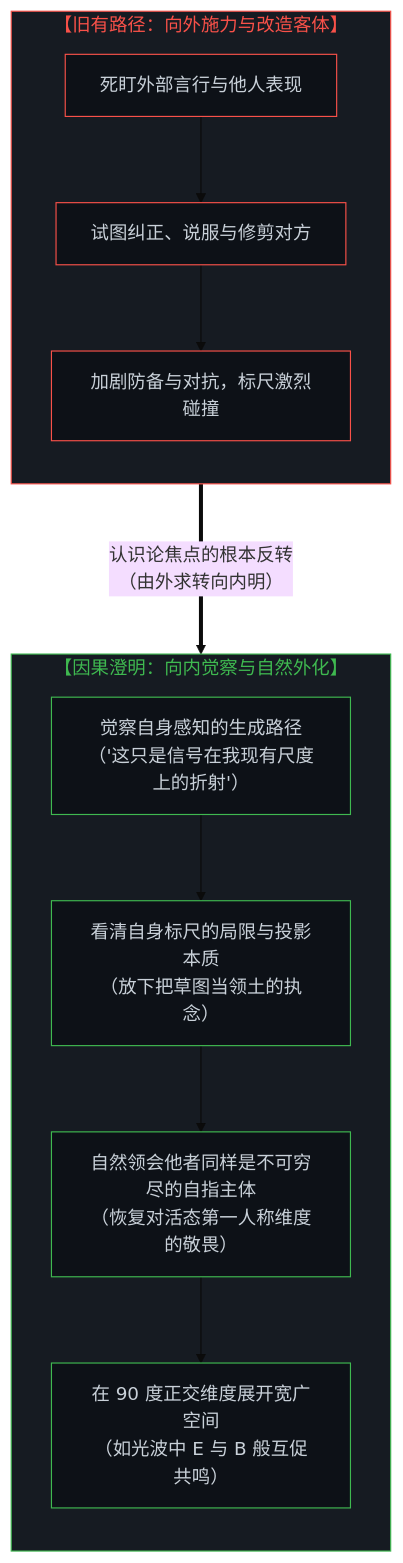
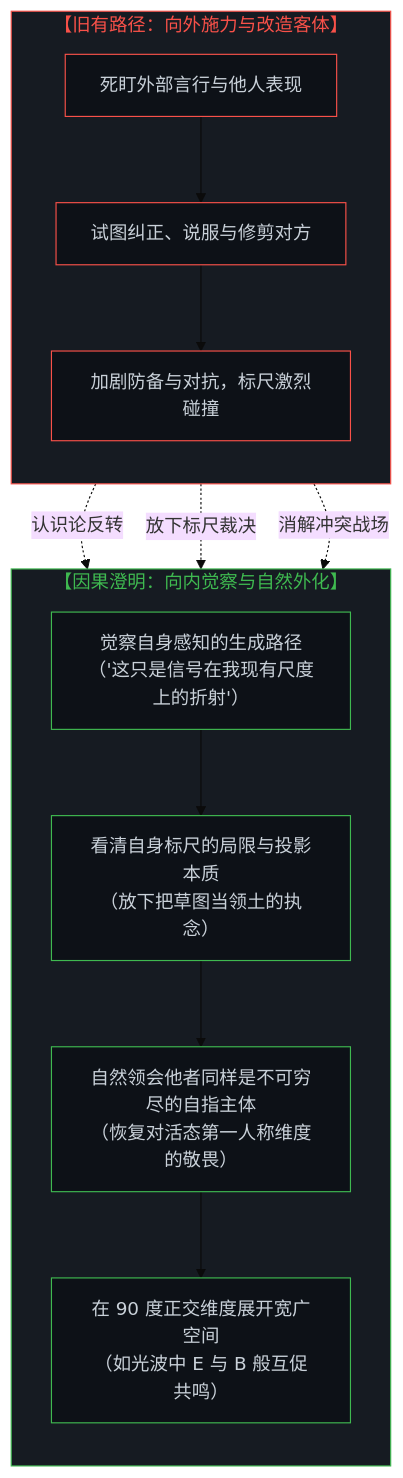
One commit to powerpig99/not-a-toe changed the fourth of 4 diagrams in content/posts/the-illusion-of-knowing-and-the-geometry-of-amputation.md. Above: the diagram before and after it, drawn with Mermaid (base theme). The commit also changed other lines of this file and 2 other files, not shown here.

````diff
--- a/content/posts/the-illusion-of-knowing-and-the-geometry-of-amputation.md
+++ b/content/posts/the-illusion-of-knowing-and-the-geometry-of-amputation.md
@@ -203,31 +201,33 @@
 ```mermaid
 graph TD
     subgraph S_External_Effort["【旧有路径：向外施力与改造客体】"]
         direction TB
         P1["死盯外部言行与他人表现"]
         P2["试图纠正、说服与修剪对方"]
         P3["加剧防备与对抗，标尺激烈碰撞"]
         P1 --> P2 --> P3
     end
 
     subgraph S_Internal_Clarity["【因果澄明：向内觉察与自然外化】"]
         direction TB
         Q1["觉察自身感知的生成路径<br>（'这只是信号在我现有尺度上的折射'）"]
         Q2["看清自身标尺的局限与投影本质<br>（放下把草图当领土的执念）"]
         Q3["自然领会他者同样是不可穷尽的自指主体<br>（恢复对活态第一人称维度的敬畏）"]
         Q4["在 90 度正交维度展开宽广空间<br>（如光波中 E 与 B 般互促共鸣）"]
         Q1 --> Q2 --> Q3 --> Q4
     end
 
-    P3 ===>|"认识论焦点的根本反转<br>（由外求转向内明）"| Q1
+    P1 -.->|"认识论反转"| Q1
+    P2 -.->|"放下标尺裁决"| Q2
+    P3 -.->|"消解冲突战场"| Q4
 
     style S_External_Effort fill:#161b22,stroke:#f85149,stroke-width:1px,color:#f85149
     style S_Internal_Clarity fill:#161b22,stroke:#3fb950,stroke-width:1px,color:#3fb950
     style P1 fill:#0d1117,stroke:#f85149,stroke-width:1px,color:#c9d1d9
     style P2 fill:#0d1117,stroke:#f85149,stroke-width:1px,color:#c9d1d9
     style P3 fill:#0d1117,stroke:#f85149,stroke-width:1px,color:#c9d1d9
     style Q1 fill:#0d1117,stroke:#3fb950,stroke-width:1px,color:#c9d1d9
     style Q2 fill:#0d1117,stroke:#3fb950,stroke-width:1px,color:#c9d1d9
     style Q3 fill:#0d1117,stroke:#3fb950,stroke-width:1px,color:#c9d1d9
     style Q4 fill:#0d1117,stroke:#3fb950,stroke-width:1px,color:#c9d1d9
 ```
````
